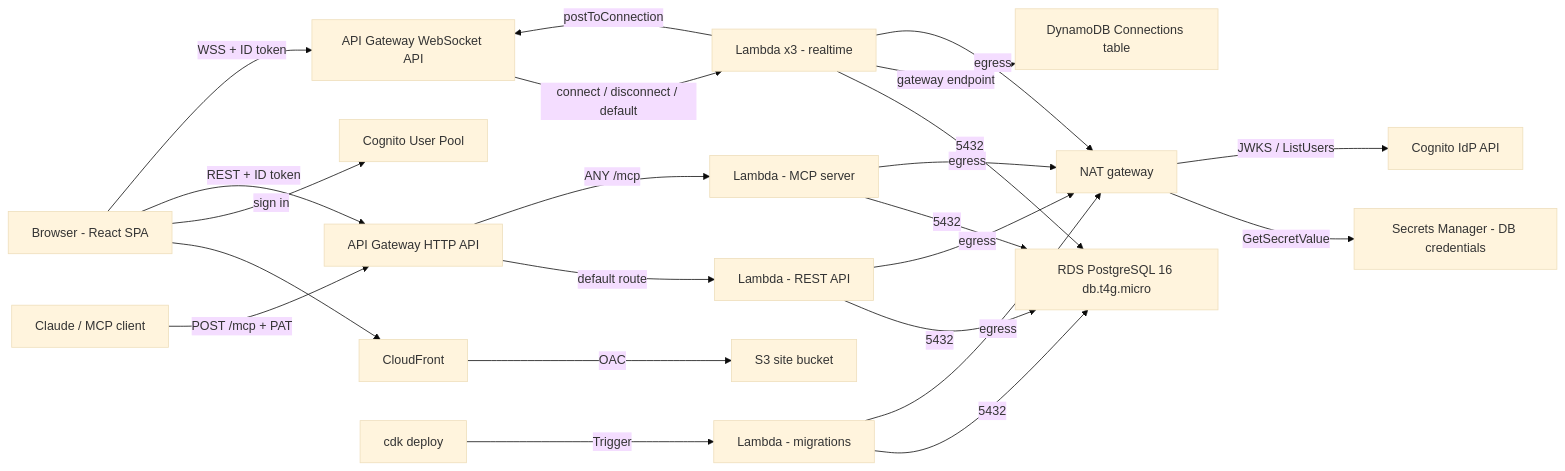
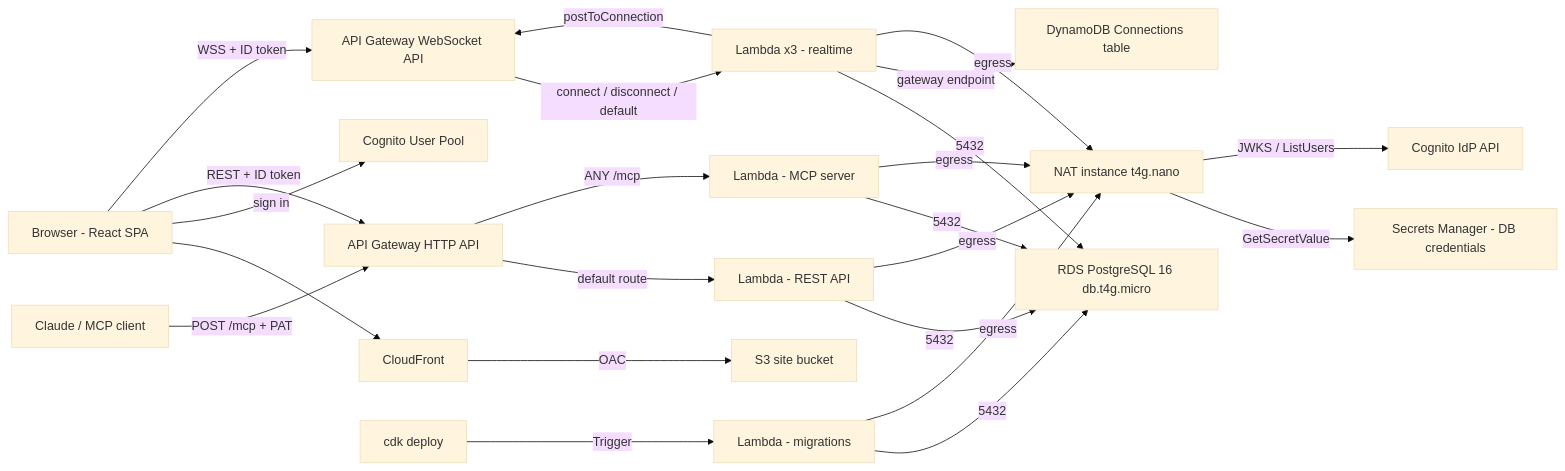
One commit to Sharann-del/Clara changed the diagram in docs/aws-architecture.mmd. Above: the diagram before and after it, drawn with Mermaid (base theme). The commit also changed 18 other files, not shown here.

```diff
--- a/docs/aws-architecture.mmd
+++ b/docs/aws-architecture.mmd
@@ -1,23 +1,23 @@
 flowchart LR
   Browser[Browser - React SPA] --> CloudFront[CloudFront]
   CloudFront -->|OAC| S3[S3 site bucket]
   Browser -->|sign in| Cognito[Cognito User Pool]
   Browser -->|REST + ID token| HttpApi[API Gateway HTTP API]
   Browser -->|WSS + ID token| WsApi[API Gateway WebSocket API]
   Claude[Claude / MCP client] -->|POST /mcp + PAT| HttpApi
   HttpApi -->|default route| ApiFn[Lambda - REST API]
   HttpApi -->|ANY /mcp| McpFn[Lambda - MCP server]
   WsApi -->|connect / disconnect / default| WsFn[Lambda x3 - realtime]
   Deploy[cdk deploy] -->|Trigger| MigrateFn[Lambda - migrations]
   ApiFn -->|5432| RDS[RDS PostgreSQL 16 db.t4g.micro]
   McpFn -->|5432| RDS
   WsFn -->|5432| RDS
   MigrateFn -->|5432| RDS
   WsFn -->|gateway endpoint| DynamoDB[DynamoDB Connections table]
   WsFn -->|postToConnection| WsApi
-  ApiFn -->|egress| NAT[NAT gateway]
+  ApiFn -->|egress| NAT[NAT instance t4g.nano]
   McpFn -->|egress| NAT
   WsFn -->|egress| NAT
   MigrateFn -->|egress| NAT
   NAT -->|GetSecretValue| Secrets[Secrets Manager - DB credentials]
   NAT -->|JWKS / ListUsers| CognitoAPI[Cognito IdP API]
```
